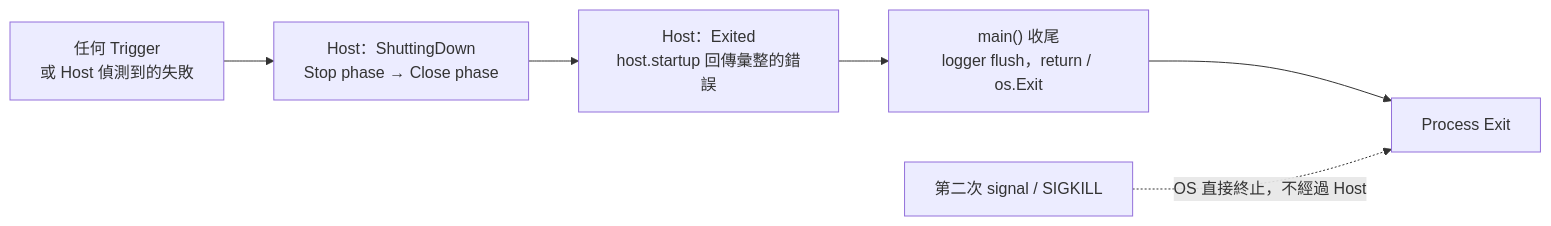
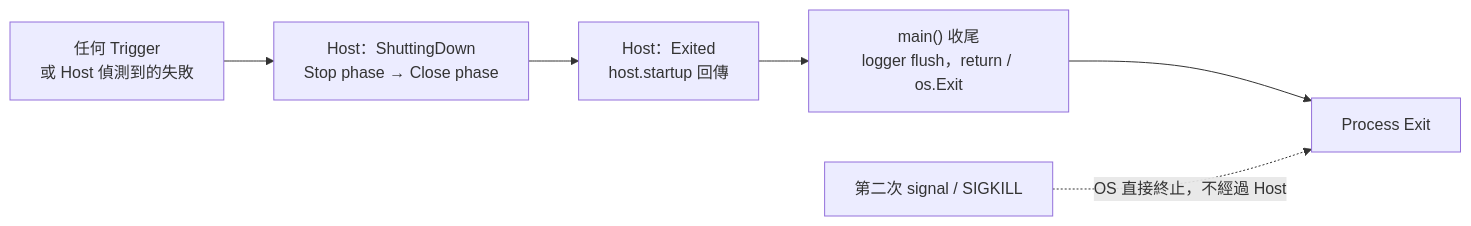
Before and after one commit to KScaesar/system_design: the second of 6 diagrams in app_lifecycle.md, drawn with Mermaid. The commit also changed other lines of this file, not shown here.

````diff
--- a/app_lifecycle.md
+++ b/app_lifecycle.md
@@ -191,8 +462,8 @@
 ```mermaid
 flowchart LR
     A["任何 Trigger<br/>或 Host 偵測到的失敗"] --> B["Host：ShuttingDown<br/>Stop phase → Close phase"]
-    B --> C["Host：Exited<br/>host.startup 回傳彙整的錯誤"]
+    B --> C["Host：Exited<br/>host.startup 回傳"]
     C --> D["main() 收尾<br/>logger flush，return / os.Exit"]
     D --> E["Process Exit"]
     S["第二次 signal / SIGKILL"] -.->|"OS 直接終止，不經過 Host"| E
 ```
````
